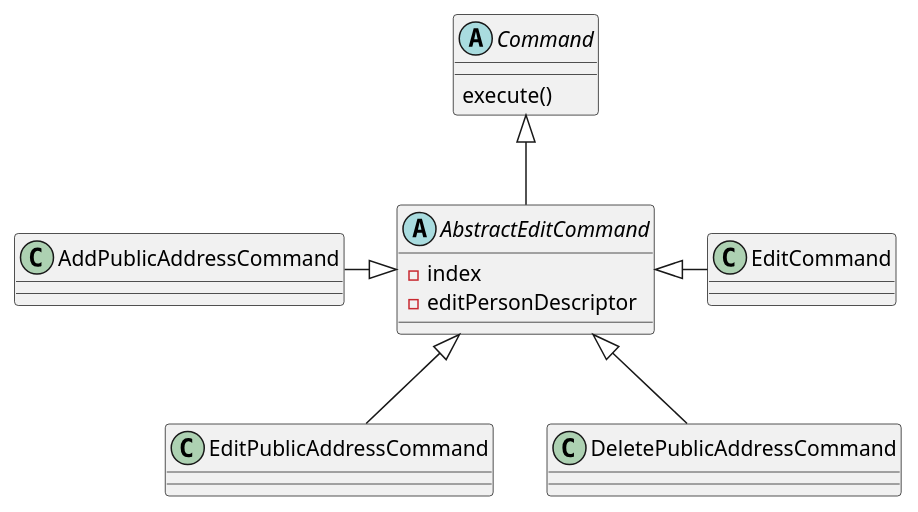
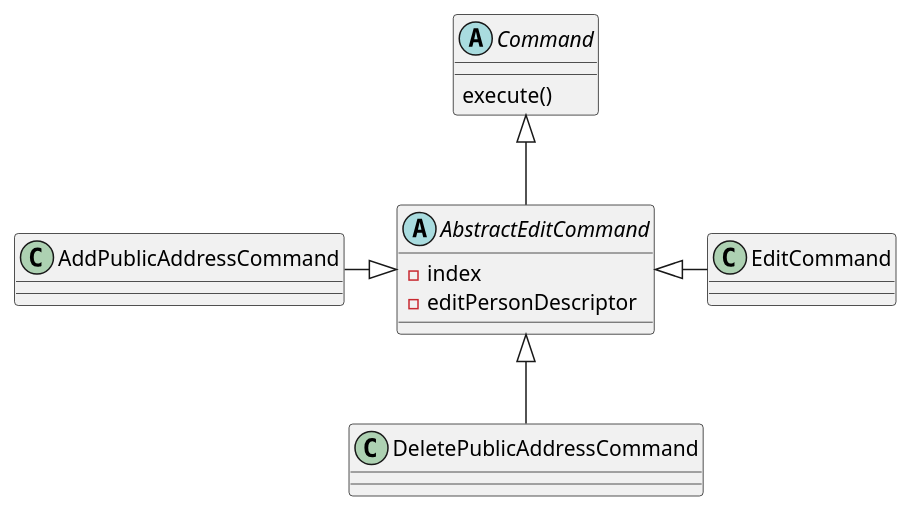
Before and after one commit to AY2425S1-CS2103T-T08-1/tp: the diagram in diagrams/AbstractEditCommandClassDiagram.puml, drawn with PlantUML. The commit also changed 27 other files, not shown here.

```diff
--- a/diagrams/AbstractEditCommandClassDiagram.puml
+++ b/diagrams/AbstractEditCommandClassDiagram.puml
@@ -1,21 +1,19 @@
 @startuml
 'https://plantuml.com/class-diagram
 
 abstract Command {
     execute()
 }
 abstract AbstractEditCommand {
     -index
     -editPersonDescriptor
 }
 class EditCommand
 class AddPublicAddressCommand
-class EditPublicAddressCommand
 class DeletePublicAddressCommand
 Command <|-- AbstractEditCommand
 AbstractEditCommand <|- EditCommand
 AddPublicAddressCommand -|> AbstractEditCommand
-AbstractEditCommand <|-- EditPublicAddressCommand
 AbstractEditCommand <|-- DeletePublicAddressCommand
 
 @enduml
```
